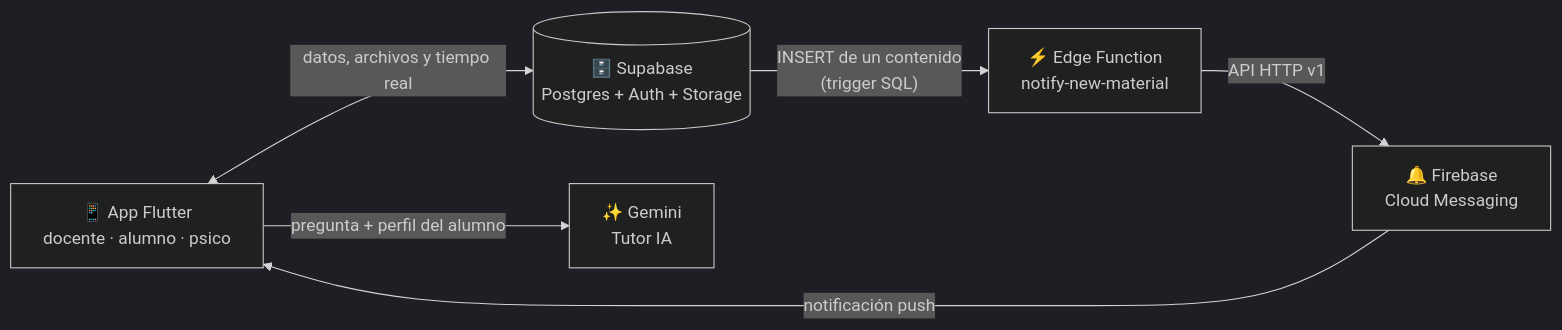
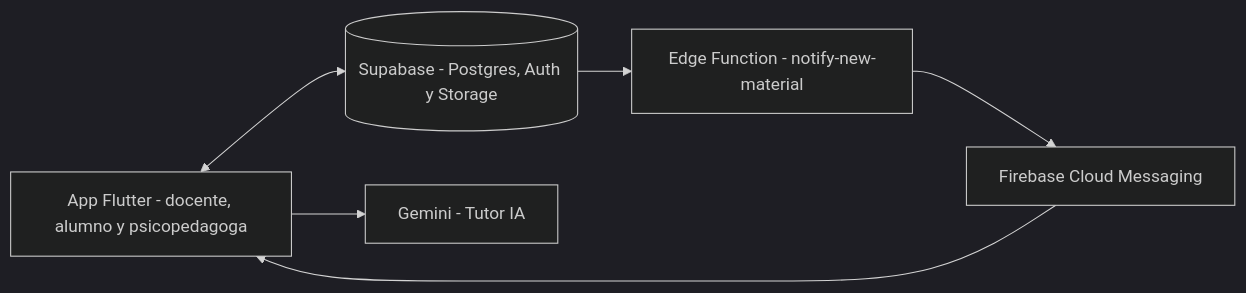
One commit to franciscosherrera-tech/EducInclusiva_IA1 changed the diagram in README.md. Above: the diagram before and after it, drawn with Mermaid (dark theme). The commit also changed other lines of this file, not shown here.

Commit message:
README: simplificar el diagrama de arquitectura para que GitHub lo dibuje

````diff
--- a/README.md
+++ b/README.md
@@ -65,14 +65,14 @@
 ```mermaid
 flowchart LR
-    App["📱 App Flutter<br/>docente · alumno · psico"]
-    DB[("🗄️ Supabase<br/>Postgres + Auth + Storage")]
-    IA["✨ Gemini<br/>Tutor IA"]
-    EF["⚡ Edge Function<br/>notify-new-material"]
-    FCM["🔔 Firebase<br/>Cloud Messaging"]
+    App["App Flutter - docente, alumno y psicopedagoga"]
+    DB[("Supabase - Postgres, Auth y Storage")]
+    IA["Gemini - Tutor IA"]
+    EF["Edge Function - notify-new-material"]
+    FCM["Firebase Cloud Messaging"]
 
-    App <-->|"datos, archivos y tiempo real"| DB
-    App -->|"pregunta + perfil del alumno"| IA
-    DB -->|"INSERT de un contenido<br/>(trigger SQL)"| EF
-    EF -->|"API HTTP v1"| FCM
-    FCM -->|"notificación push"| App
+    App <--> DB
+    App --> IA
+    DB --> EF
+    EF --> FCM
+    FCM --> App
 ```
````
